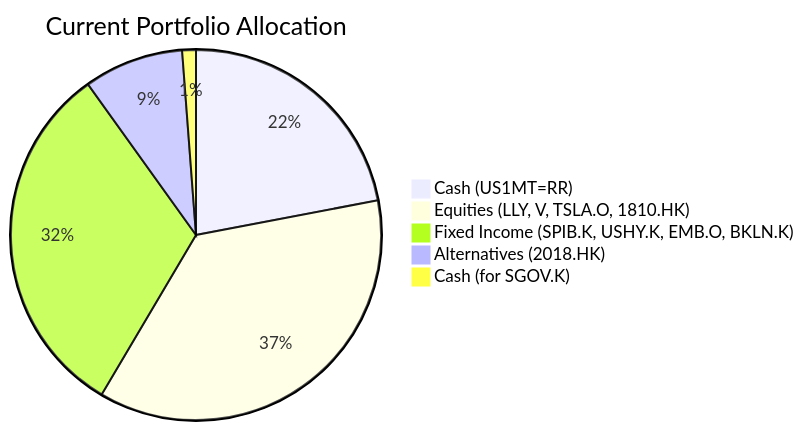
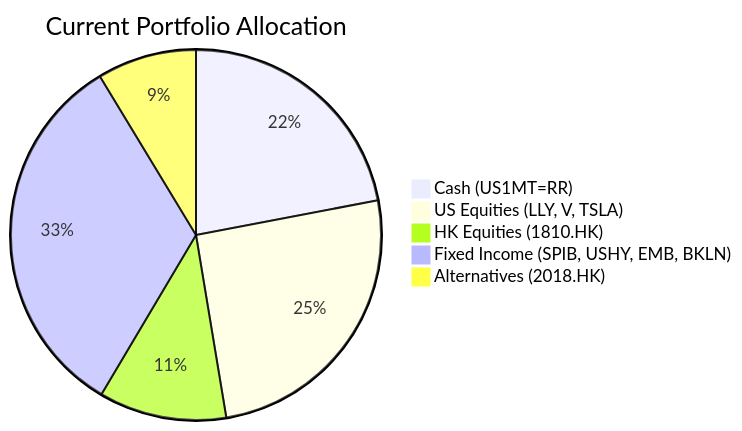
One commit to roger249/Bot-collaboration changed the first of 2 diagrams in docs/sample outputs/client_product_fit_analysis_zw-5.md. Above: the diagram before and after it, drawn with Mermaid. The commit also changed other lines of this file and 16 other files, not shown here.

````diff
--- a/docs/sample outputs/client_product_fit_analysis_zw-5.md
+++ b/docs/sample outputs/client_product_fit_analysis_zw-5.md
@@ -38,8 +58,8 @@
 ```mermaid
 pie title Current Portfolio Allocation
-    "Cash (US1MT=RR)" : 22.0
-    "Equities (LLY, V, TSLA.O, 1810.HK)" : 36.5
-    "Fixed Income (SPIB.K, USHY.K, EMB.O, BKLN.K)" : 31.6
-    "Alternatives (2018.HK)" : 8.7
-    "Cash (for SGOV.K)" : 1.2
+    "Cash (US1MT=RR)" : 924000
+    "US Equities (LLY, V, TSLA)" : 1066000
+    "HK Equities (1810.HK)" : 468000
+    "Fixed Income (SPIB, USHY, EMB, BKLN)" : 1378000
+    "Alternatives (2018.HK)" : 364000
 ```
````
